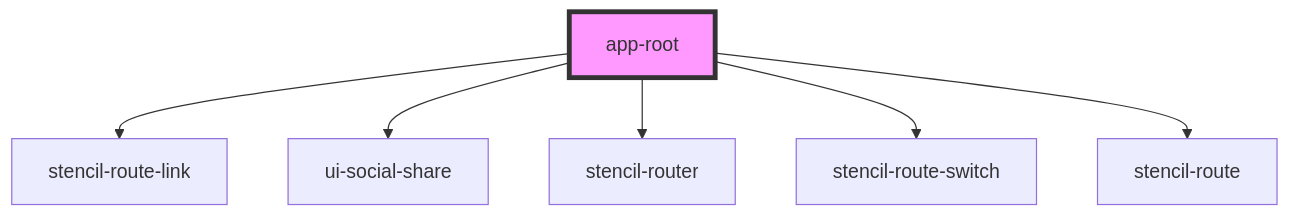
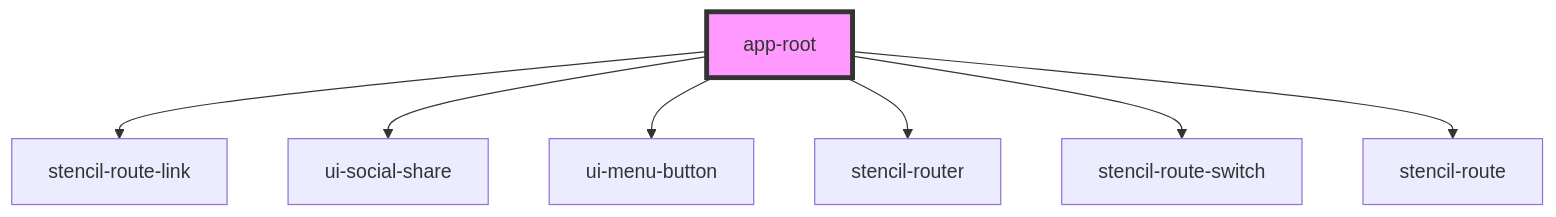
The diagram in site/src/components/app-root/readme.md (pizza-to-the-polls/power-the-polls), drawn with Mermaid before and after one commit. The commit also changed other lines of this file and 20 other files, not shown here.

Commit message:
updated ui-loading-spinner to style it easier; made menu button into a component; added dark style for ui-social-share

````diff
--- a/site/src/components/app-root/readme.md
+++ b/site/src/components/app-root/readme.md
@@ -19,9 +20,10 @@
 ```mermaid
 graph TD;
   app-root --> stencil-route-link
   app-root --> ui-social-share
+  app-root --> ui-menu-button
   app-root --> stencil-router
   app-root --> stencil-route-switch
   app-root --> stencil-route
   style app-root fill:#f9f,stroke:#333,stroke-width:4px
 ```
````
